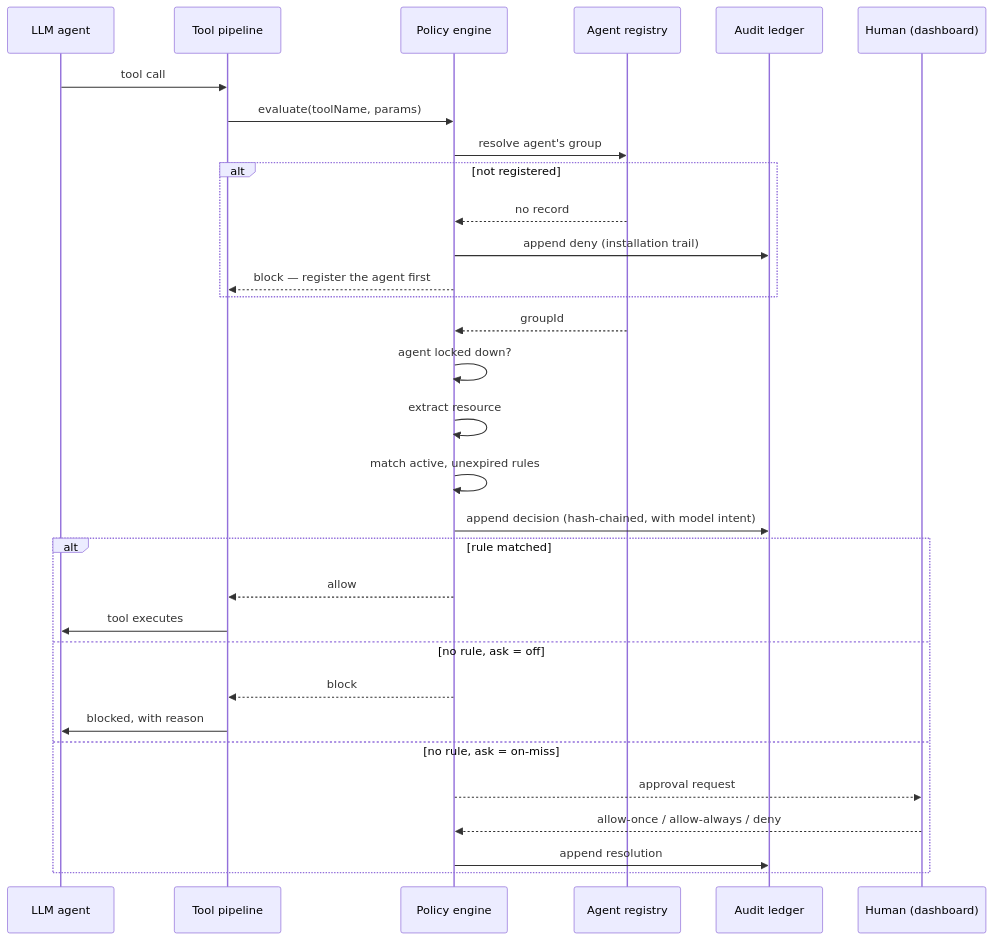
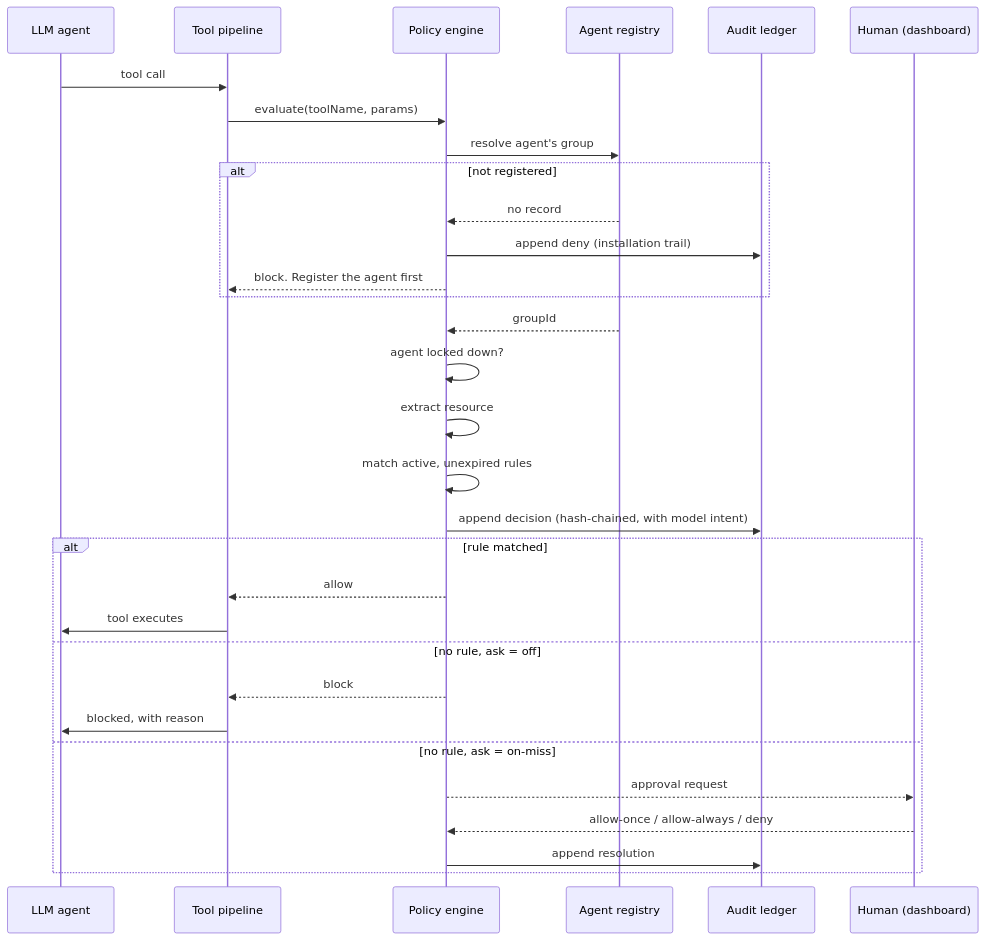
One commit to KinanRadaideh/openclaw-governance-layer changed the third of 21 diagrams in docs-notes/FIGURES.md. Above: the diagram before and after it, drawn with Mermaid. The commit also changed other lines of this file and 245 other files, not shown here.

````diff
--- a/docs-notes/FIGURES.md
+++ b/docs-notes/FIGURES.md
@@ -365,34 +365,34 @@
 ```mermaid
 sequenceDiagram
   participant A as LLM agent
   participant P as Tool pipeline
   participant G as Policy engine
   participant R as Agent registry
   participant L as Audit ledger
   participant H as Human (dashboard)
 
   A->>P: tool call
   P->>G: evaluate(toolName, params)
   G->>R: resolve agent's group
   alt not registered
     R-->>G: no record
     G->>L: append deny (installation trail)
-    G-->>P: block — register the agent first
+    G-->>P: block. Register the agent first
   end
   R-->>G: groupId
   G->>G: agent locked down?
   G->>G: extract resource
   G->>G: match active, unexpired rules
   G->>L: append decision (hash-chained, with model intent)
   alt rule matched
     G-->>P: allow
     P->>A: tool executes
   else no rule, ask = off
     G-->>P: block
     P->>A: blocked, with reason
   else no rule, ask = on-miss
     G-->>H: approval request
     H-->>G: allow-once / allow-always / deny
     G->>L: append resolution
   end
 ```
````
